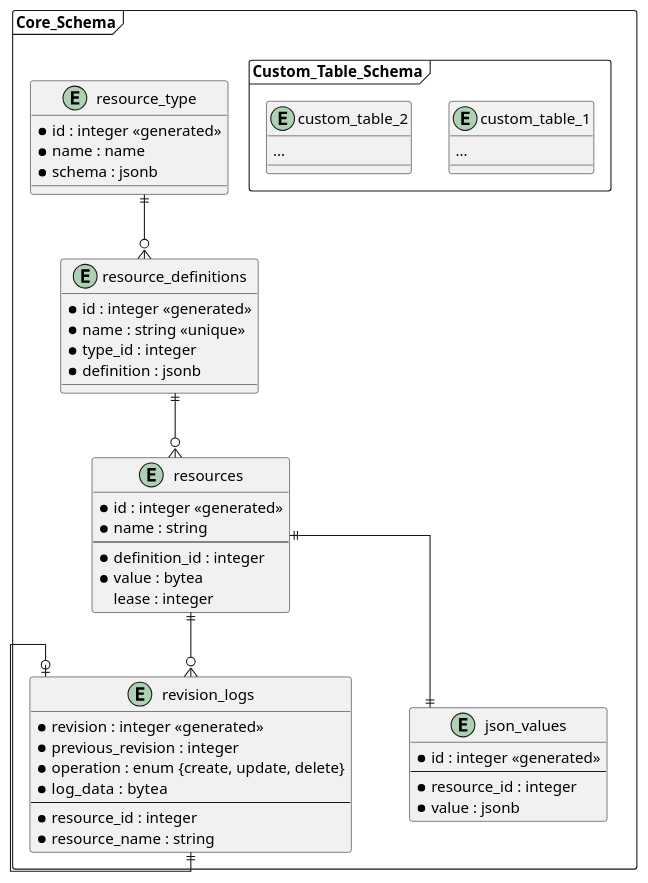
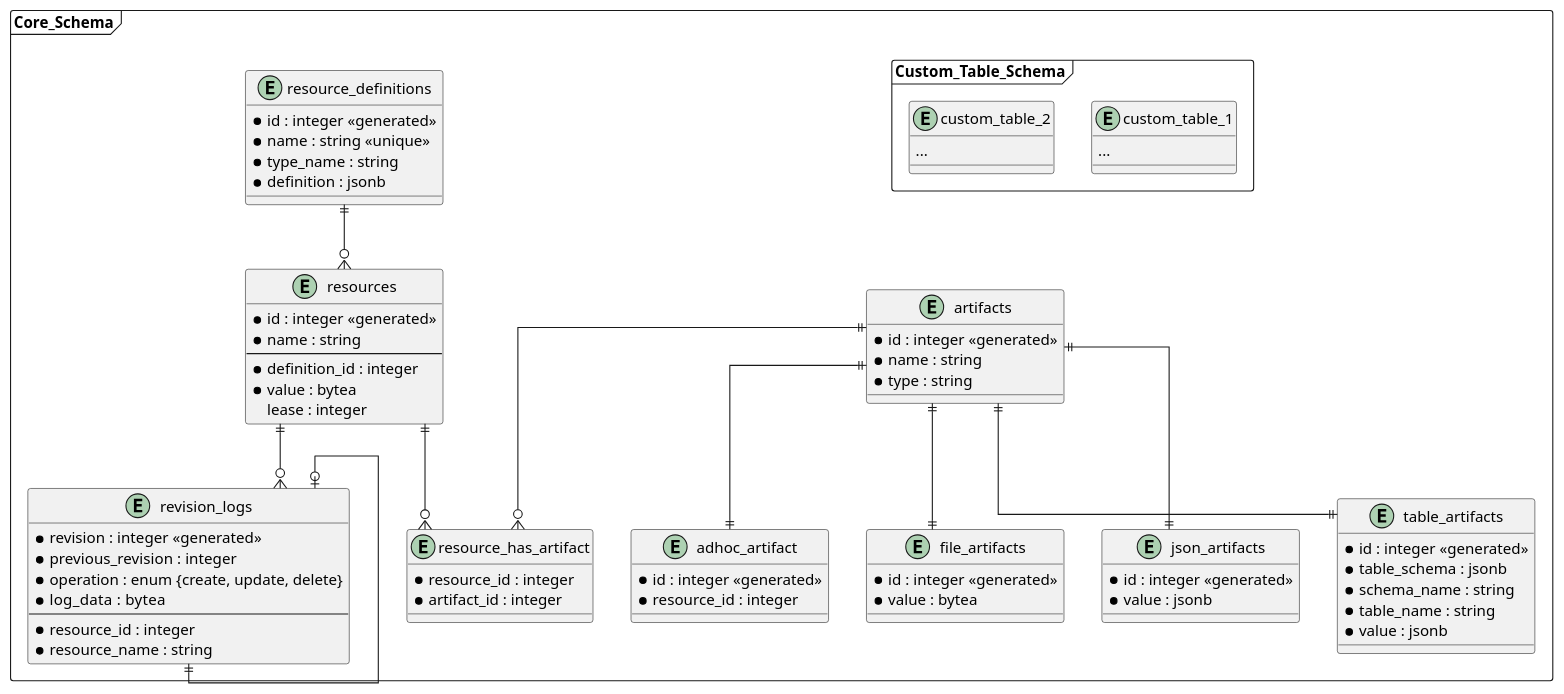
Before and after one commit to grafysi/horizpipes-design-documents: the diagram in buildSrc/snippets/puml/metadata-server/Core_Schema.puml, drawn with PlantUML. The commit also changed 3 other files, not shown here.

```diff
--- a/buildSrc/snippets/puml/metadata-server/Core_Schema.puml
+++ b/buildSrc/snippets/puml/metadata-server/Core_Schema.puml
@@ -1,74 +1,106 @@
 @startuml
 
 skinparam linetype ortho
 
 
 
 frame "Core_Schema" {
 
     entity "resources" as res {
         *id : integer <<generated>>
         *name : string
         --
         *definition_id : integer
         *value : bytea
         lease : integer
     }
+
+    entity "resource_has_artifact" as res_art {
+        *resource_id : integer
+        *artifact_id : integer
+    }
+
+    entity "artifacts" as art {
+        *id : integer <<generated>>
+        *name : string
+        *type : string
+    }
+
+
 
     entity "revision_logs" as resrev {
         *revision : integer <<generated>>
         *previous_revision : integer
         *operation : enum {create, update, delete}
         *log_data  : bytea
         --
         *resource_id : integer
         *resource_name : string
     }
 
     /' supported value definition types are:
         - TableDefinition
         - JsoncDefinition
         - JsonDefinition
         - AvroDefinition
         - FileDefinition
         - RawByteDefinition '/
-    entity "resource_type" as restype {
+    /'entity "resource_types" as restype {
         *id : integer <<generated>>
-        *name : name
         *schema : jsonb
+    }'/
+
+    entity "json_artifacts" as jsonart {
+        *id : integer <<generated>>
+        *value : jsonb
     }
 
+    entity "table_artifacts" as tableart {
+        *id : integer <<generated>>
+        *table_schema : jsonb
+        *schema_name : string
+        *table_name : string
+        *value : jsonb
+    }
+
+    entity "adhoc_artifact" as adhoc_art {
+        *id : integer <<generated>>
+        *resource_id : integer
+    }
+
+    entity "file_artifacts" as fileart {
+        *id : integer <<generated>>
+        *value : bytea
+    }
 
     entity "resource_definitions" as valdef {
         *id : integer <<generated>>
         *name : string <<unique>>
-        *type_id : integer
+        *type_name : string
         *definition : jsonb
     }
+
+
+    art ||--|| tableart
+    art ||--|| jsonart
+    art ||--|| adhoc_art
+    art ||--|| fileart
 
     res ||--o{ resrev
     resrev |o--|| resrev
     valdef ||--o{ res
-    restype ||--o{ valdef
 
-
-    entity "json_values" as jsonval {
-        *id : integer <<generated>>
-        --
-        *resource_id : integer
-        *value : jsonb
-    }
-
-    res ||--|| jsonval
+    res ||--o{ res_art
+    art ||--o{ res_art
 
     frame "Custom_Table_Schema" {
         entity "custom_table_1" {
             ...
         }
 
         entity "custom_table_2" {
             ...
         }
     }
 }
 @enduml
```
